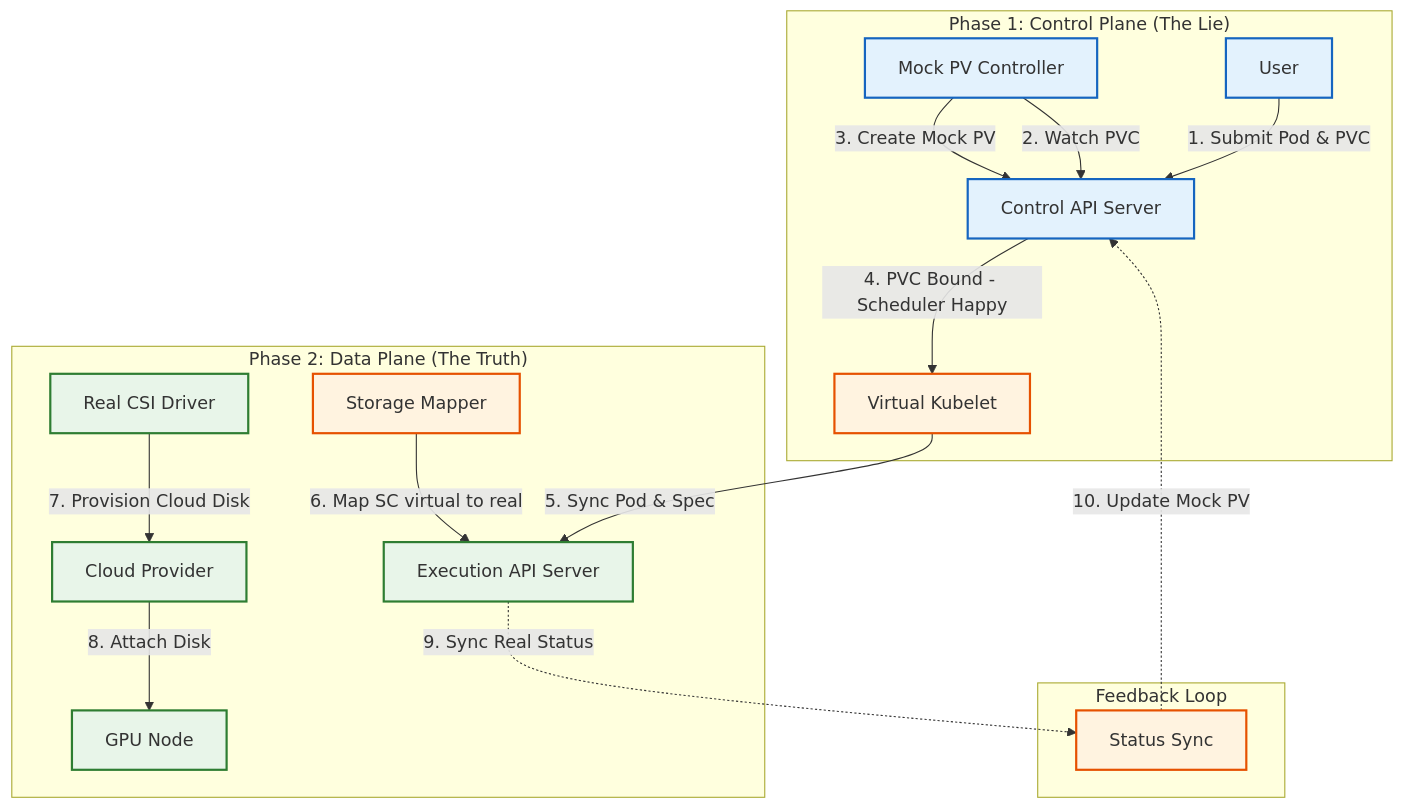
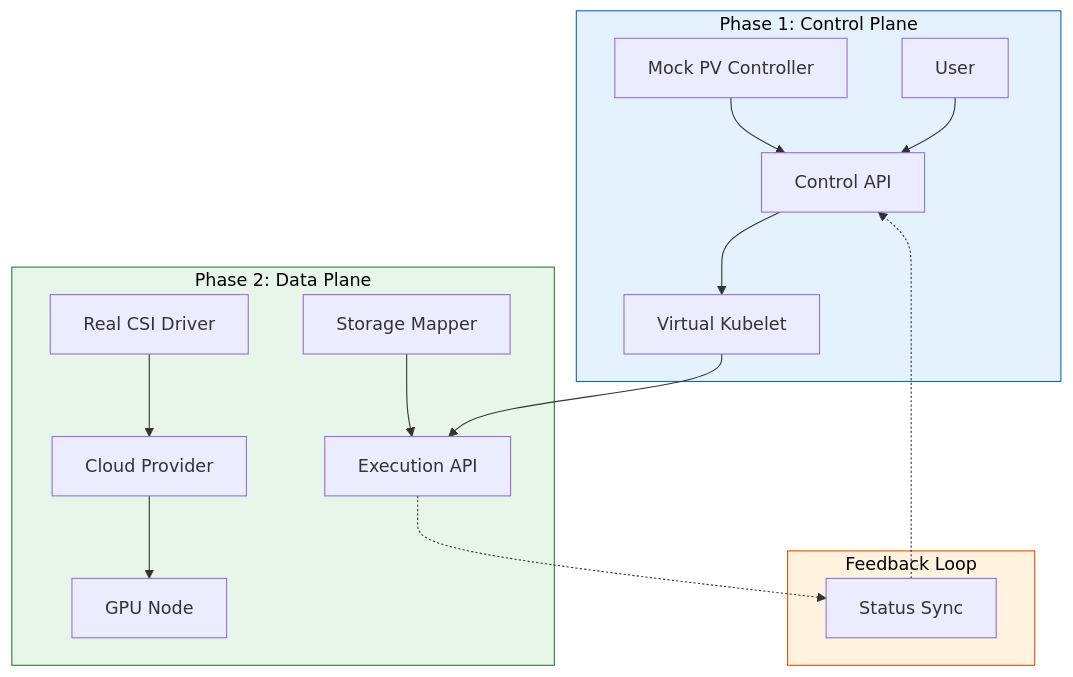
The first of 3 diagrams in mydynamicweb/docs/alibaba_cloud/case-3.md (Yan-Cheng-Hsu/personal_website), drawn with Mermaid before and after one commit. The commit also changed other lines of this file and 10 other files, not shown here.

````diff
--- a/mydynamicweb/docs/alibaba_cloud/case-3.md
+++ b/mydynamicweb/docs/alibaba_cloud/case-3.md
@@ -55,30 +59,24 @@
 ```mermaid
 graph TD
-    classDef control fill:#e3f2fd,stroke:#1565c0,stroke-width:2px;
-    classDef execution fill:#e8f5e9,stroke:#2e7d32,stroke-width:2px;
-    classDef vk fill:#fff3e0,stroke:#e65100,stroke-width:2px;
-
-    subgraph "Phase 1: Control Plane (The Lie)"
-        User[User] -->|1. Submit Pod & PVC| API_Control[Control API Server]
-        Mock_Controller[Mock PV Controller] -->|2. Watch PVC| API_Control
-        Mock_Controller -->|3. Create Mock PV| API_Control
-        API_Control -->|4. PVC Bound - Scheduler Happy| VK_Provider[Virtual Kubelet]
+    subgraph Phase1["Phase 1: Control Plane"]
+        User[User] --> API[Control API]
+        Controller[Mock PV Controller] --> API
+        API --> VK[Virtual Kubelet]
     end
 
-    subgraph "Phase 2: Data Plane (The Truth)"
-        VK_Provider -->|5. Sync Pod & Spec| API_Exec[Execution API Server]
-        Storage_Mapper[Storage Mapper] -->|6. Map SC virtual to real| API_Exec
-        CSI_Driver[Real CSI Driver] -->|7. Provision Cloud Disk| Cloud_Provider[Cloud Provider]
-        Cloud_Provider -->|8. Attach Disk| Worker_Node[GPU Node]
+    subgraph Phase2["Phase 2: Data Plane"]
+        VK --> ExecAPI[Execution API]
+        Mapper[Storage Mapper] --> ExecAPI
+        CSI[Real CSI Driver] --> Cloud[Cloud Provider]
+        Cloud --> Node[GPU Node]
     end
 
-    subgraph "Feedback Loop"
-        Sync_Controller[Status Sync]
-        API_Exec -.->|9. Sync Real Status| Sync_Controller
-        Sync_Controller -.->|10. Update Mock PV| API_Control
+    subgraph Sync["Feedback Loop"]
+        ExecAPI -.-> SyncCtrl[Status Sync]
+        SyncCtrl -.-> API
     end
 
-    class User,API_Control,Mock_Controller control;
-    class API_Exec,CSI_Driver,Worker_Node,Cloud_Provider execution;
-    class VK_Provider,Storage_Mapper,Sync_Controller vk;
+    style Phase1 fill:#e3f2fd,stroke:#1565c0,color:#000
+    style Phase2 fill:#e8f5e9,stroke:#2e7d32,color:#000
+    style Sync fill:#fff3e0,stroke:#e65100,color:#000
 ```
````
